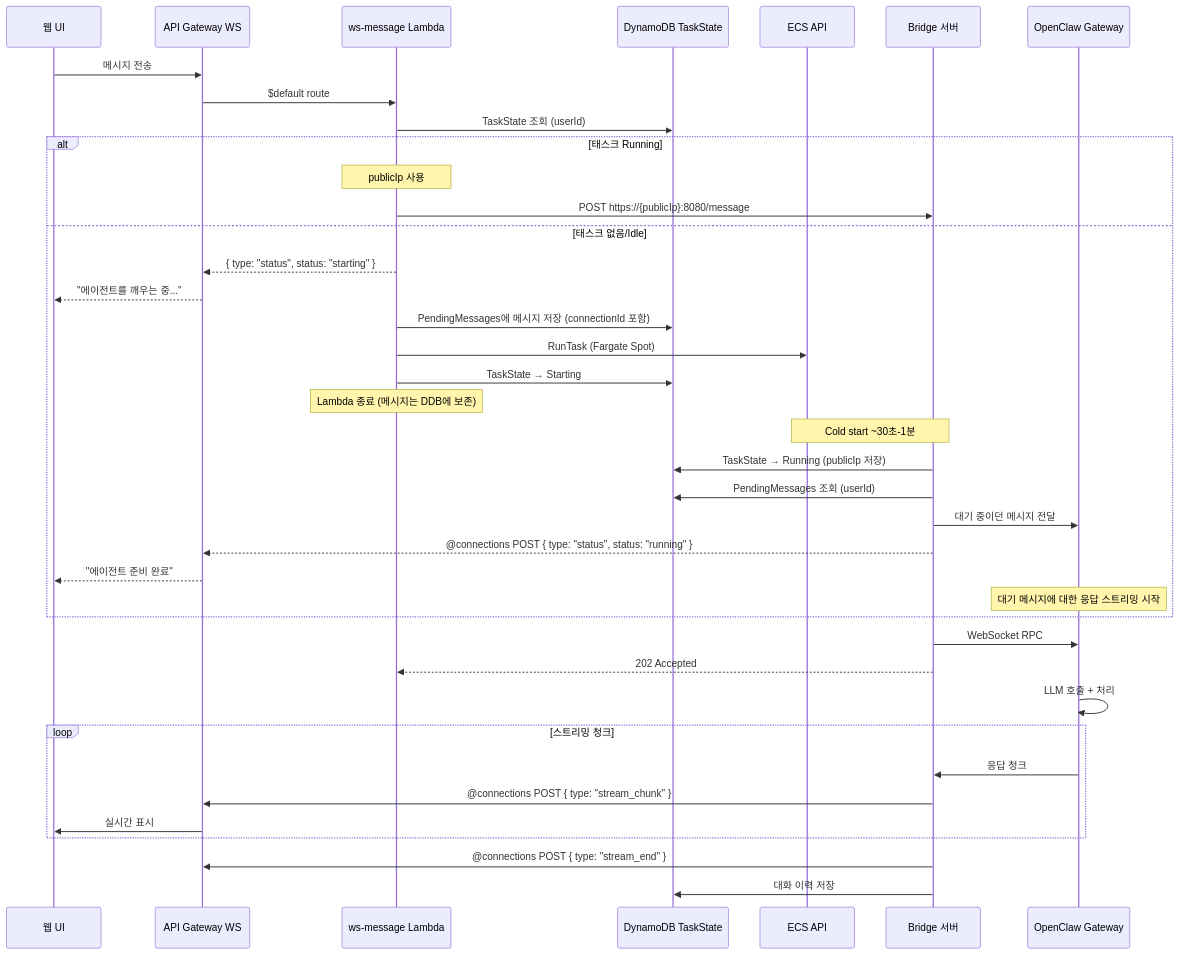
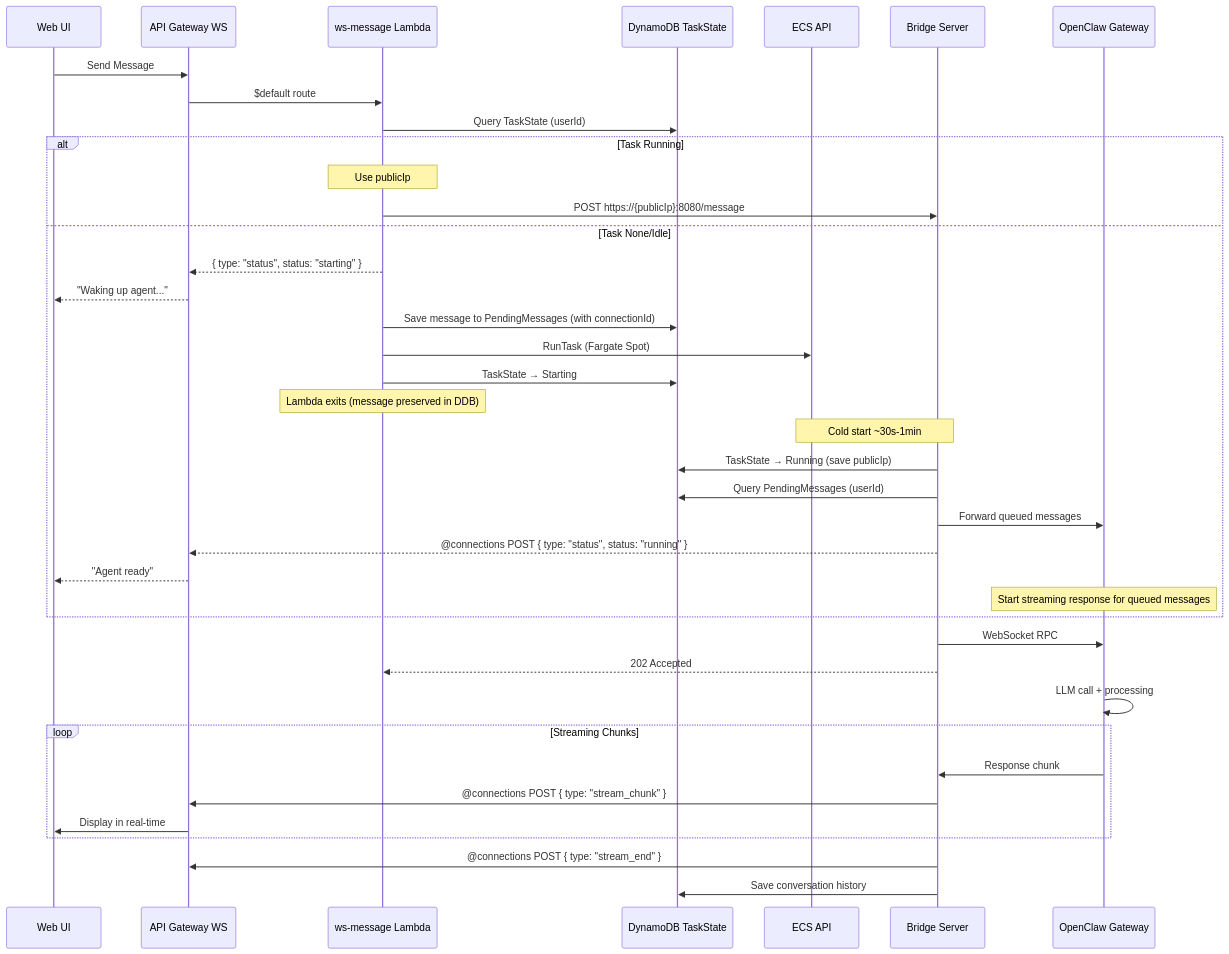
The second of 3 diagrams in docs/implementation-plan.md (geoseong/serverless-openclaw), drawn with Mermaid before and after one commit. The commit also changed other lines of this file and 8 other files, not shown here.

````diff
--- a/docs/implementation-plan.md
+++ b/docs/implementation-plan.md
@@ -412,46 +412,46 @@
 ```mermaid
 sequenceDiagram
-    participant Client as 웹 UI
+    participant Client as Web UI
     participant APIGW as API Gateway WS
     participant Lambda as ws-message Lambda
     participant DDB as DynamoDB TaskState
     participant ECS as ECS API
-    participant Bridge as Bridge 서버
+    participant Bridge as Bridge Server
     participant OC as OpenClaw Gateway
 
-    Client->>APIGW: 메시지 전송
+    Client->>APIGW: Send Message
     APIGW->>Lambda: $default route
 
-    Lambda->>DDB: TaskState 조회 (userId)
+    Lambda->>DDB: Query TaskState (userId)
 
-    alt 태스크 Running
-        Note over Lambda: publicIp 사용
+    alt Task Running
+        Note over Lambda: Use publicIp
         Lambda->>Bridge: POST https://{publicIp}:8080/message
-    else 태스크 없음/Idle
+    else Task None/Idle
         Lambda-->>APIGW: { type: "status", status: "starting" }
-        APIGW-->>Client: "에이전트를 깨우는 중..."
-        Lambda->>DDB: PendingMessages에 메시지 저장 (connectionId 포함)
+        APIGW-->>Client: "Waking up agent..."
+        Lambda->>DDB: Save message to PendingMessages (with connectionId)
         Lambda->>ECS: RunTask (Fargate Spot)
         Lambda->>DDB: TaskState → Starting
-        Note over Lambda: Lambda 종료 (메시지는 DDB에 보존)
-        Note over ECS,Bridge: Cold start ~30초-1분
-        Bridge->>DDB: TaskState → Running (publicIp 저장)
-        Bridge->>DDB: PendingMessages 조회 (userId)
-        Bridge->>OC: 대기 중이던 메시지 전달
+        Note over Lambda: Lambda exits (message preserved in DDB)
+        Note over ECS,Bridge: Cold start ~30s-1min
+        Bridge->>DDB: TaskState → Running (save publicIp)
+        Bridge->>DDB: Query PendingMessages (userId)
+        Bridge->>OC: Forward queued messages
         Bridge-->>APIGW: @connections POST { type: "status", status: "running" }
-        APIGW-->>Client: "에이전트 준비 완료"
-        Note over OC: 대기 메시지에 대한 응답 스트리밍 시작
+        APIGW-->>Client: "Agent ready"
+        Note over OC: Start streaming response for queued messages
     end
     Bridge->>OC: WebSocket RPC
     Bridge-->>Lambda: 202 Accepted
-    OC->>OC: LLM 호출 + 처리
+    OC->>OC: LLM call + processing
 
-    loop 스트리밍 청크
-        OC->>Bridge: 응답 청크
+    loop Streaming Chunks
+        OC->>Bridge: Response chunk
         Bridge->>APIGW: @connections POST { type: "stream_chunk" }
-        APIGW->>Client: 실시간 표시
+        APIGW->>Client: Display in real-time
     end
 
     Bridge->>APIGW: @connections POST { type: "stream_end" }
-    Bridge->>DDB: 대화 이력 저장
+    Bridge->>DDB: Save conversation history
 ```
````
